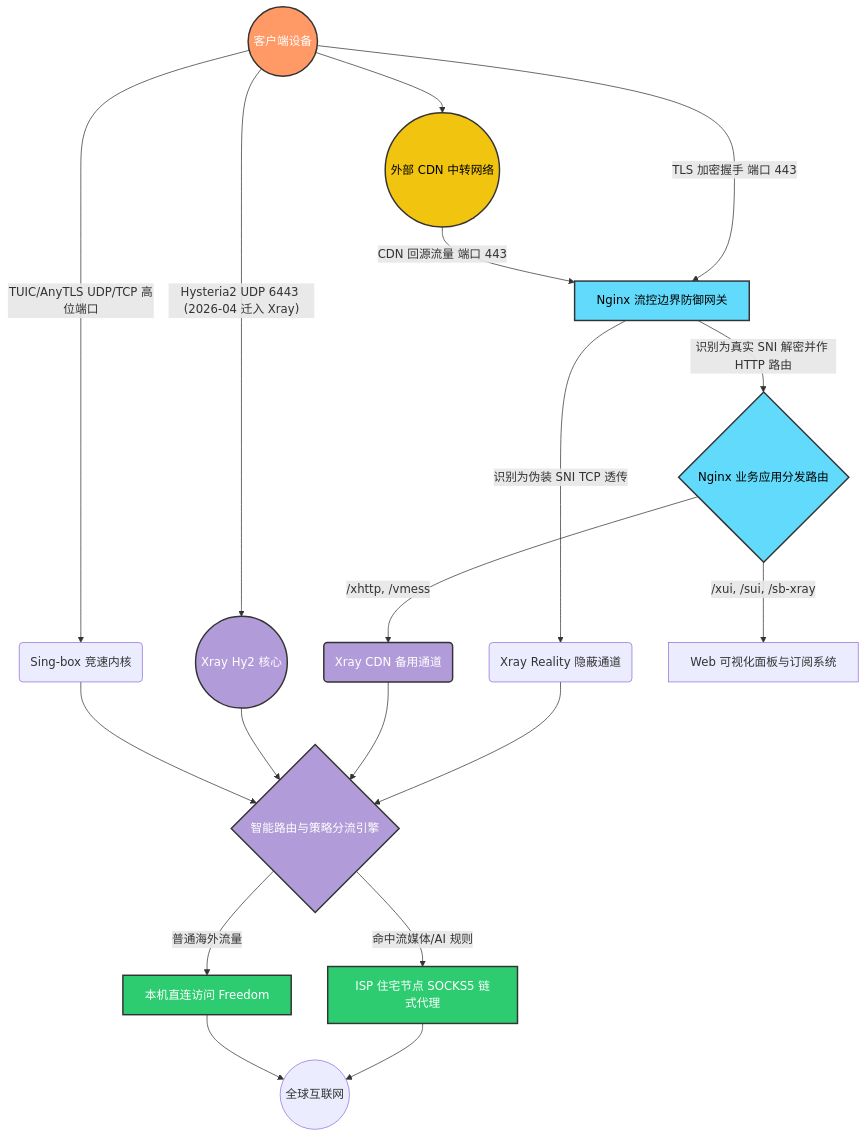
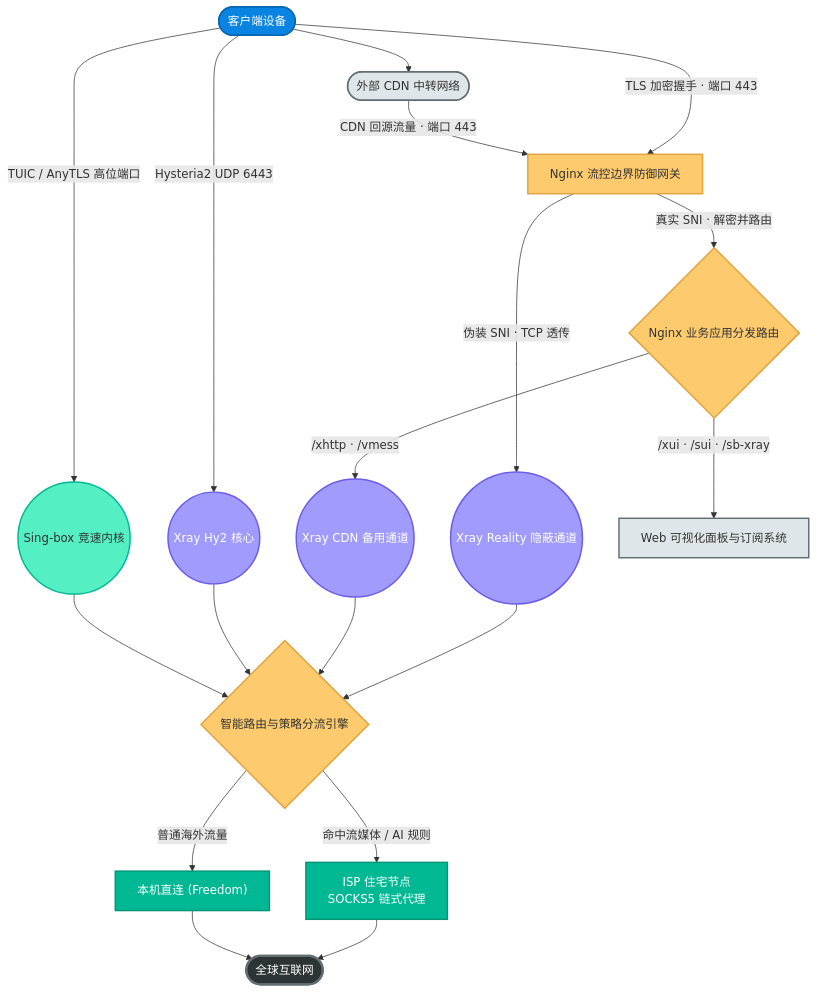
The diagram in readme.md (currycan/sb-xray), drawn with Mermaid before and after one commit. The commit also changed 1 other file, not shown here.

Commit message:
docs: clean final dev-phase leaks from readme.md + Dockerfile
readme.md 项目根架构图:
- 统一到新调色板 (entry / gateway / xray / sing / external / outbound /
  decision / terminal)；替换 #f96/#61dafb/#b19cd9/#f1c40f/#2ecc71 等 ad-hoc 色
- 去掉 'Hysteria2 UDP 6443 (2026-04 迁入 Xray)' 历史注记
- graph TD → flowchart TD

Dockerfile:
- 移除自加 'Phase 1-5 / Phase 1 / Phase 2 / ... / Phase 5' 注释标签
- 移除 'entrypoint.sh retired in Phase 8' → 描述为 'no bash fallback'
- 移除 '等价旧版' 迁移叙事 → '开箱即用'

CHANGELOG.md 中的 Phase 引用保留 — changelog 本质是开发史记录，
按 common/documentation.md 规则的明确豁免范围。

378/378 测试通过；工作树干净。

````diff
--- a/readme.md
+++ b/readme.md
@@ -44,34 +44,37 @@
 ```mermaid
-graph TD
-    classDef client fill:#f96,stroke:#333,stroke-width:2px,color:white
-    classDef gateway fill:#61dafb,stroke:#333,stroke-width:2px,color:black
-    classDef core fill:#b19cd9,stroke:#333,stroke-width:2px,color:white
-    classDef cdn fill:#f1c40f,stroke:#333,stroke-width:2px,color:black
-    classDef dest fill:#2ecc71,stroke:#333,stroke-width:2px,color:white
+flowchart TD
+    classDef entry    fill:#0984e3,stroke:#0566b3,stroke-width:2px,color:#fff
+    classDef gateway  fill:#fdcb6e,stroke:#e0a33e,stroke-width:2px,color:#333
+    classDef xray     fill:#a29bfe,stroke:#6c5ce7,stroke-width:2px,color:#fff
+    classDef sing     fill:#55efc4,stroke:#00b894,stroke-width:2px,color:#333
+    classDef external fill:#dfe6e9,stroke:#636e72,stroke-width:2px,color:#333
+    classDef outbound fill:#00b894,stroke:#009577,stroke-width:2px,color:#fff
+    classDef decision fill:#fdcb6e,stroke:#e0a33e,stroke-width:2px,color:#333
+    classDef terminal fill:#2d3436,stroke:#636e72,stroke-width:3px,color:#fff
 
-    User((客户端设备)):::client
-    Cloudflare((外部 CDN 中转网络)):::cdn
+    User(["客户端设备"]):::entry
+    Cloudflare(["外部 CDN 中转网络"]):::external
 
-    User -->|"TLS 加密握手 端口 443"| Nginx["Nginx 流控边界防御网关"]:::gateway
-    User -->|"Hysteria2 UDP 6443 (2026-04 迁入 Xray)"| XrayHy2(("Xray Hy2 核心")):::core
-    User -->|"TUIC/AnyTLS UDP/TCP 高位端口"| Singbox("Sing-box 竞速内核")
+    User -->|"TLS 加密握手 · 端口 443"| Nginx["Nginx 流控边界防御网关"]:::gateway
+    User -->|"Hysteria2 UDP 6443"| XrayHy2(("Xray Hy2 核心")):::xray
+    User -->|"TUIC / AnyTLS 高位端口"| Singbox(("Sing-box 竞速内核")):::sing
     User --> Cloudflare
-    Cloudflare -->|"CDN 回源流量 端口 443"| Nginx
+    Cloudflare -->|"CDN 回源流量 · 端口 443"| Nginx
 
-    Nginx -->|"识别为伪装 SNI TCP 透传"| XrayReality("Xray Reality 隐蔽通道")
-    Nginx -->|"识别为真实 SNI 解密并作 HTTP 路由"| PanelRouter{"Nginx 业务应用分发路由"}:::gateway
+    Nginx -->|"伪装 SNI · TCP 透传"| XrayReality(("Xray Reality 隐蔽通道")):::xray
+    Nginx -->|"真实 SNI · 解密并路由"| PanelRouter{"Nginx 业务应用分发路由"}:::decision
 
-    PanelRouter -->|"/xhttp, /vmess"| XrayCDN("Xray CDN 备用通道"):::core
-    PanelRouter -->|"/xui, /sui, /sb-xray"| Panels["Web 可视化面板与订阅系统"]
+    PanelRouter -->|"/xhttp · /vmess"| XrayCDN(("Xray CDN 备用通道")):::xray
+    PanelRouter -->|"/xui · /sui · /sb-xray"| Panels["Web 可视化面板与订阅系统"]:::external
 
-    XrayReality --> RoutingEngine{"智能路由与策略分流引擎"}:::core
+    XrayReality --> RoutingEngine{"智能路由与策略分流引擎"}:::decision
     XrayCDN --> RoutingEngine
     XrayHy2 --> RoutingEngine
-    Singbox --> RoutingEngine:::core
+    Singbox --> RoutingEngine
 
-    RoutingEngine -->|"命中流媒体/AI 规则"| ISP["ISP 住宅节点 SOCKS5 链式代理"]:::dest
-    RoutingEngine -->|"普通海外流量"| Direct["本机直连访问 Freedom"]:::dest
+    RoutingEngine -->|"命中流媒体 / AI 规则"| ISP["ISP 住宅节点<br/>SOCKS5 链式代理"]:::outbound
+    RoutingEngine -->|"普通海外流量"| Direct["本机直连 (Freedom)"]:::outbound
 
-    ISP --> WebOut((全球互联网))
+    ISP --> WebOut(["全球互联网"]):::terminal
     Direct --> WebOut
 ```
````
